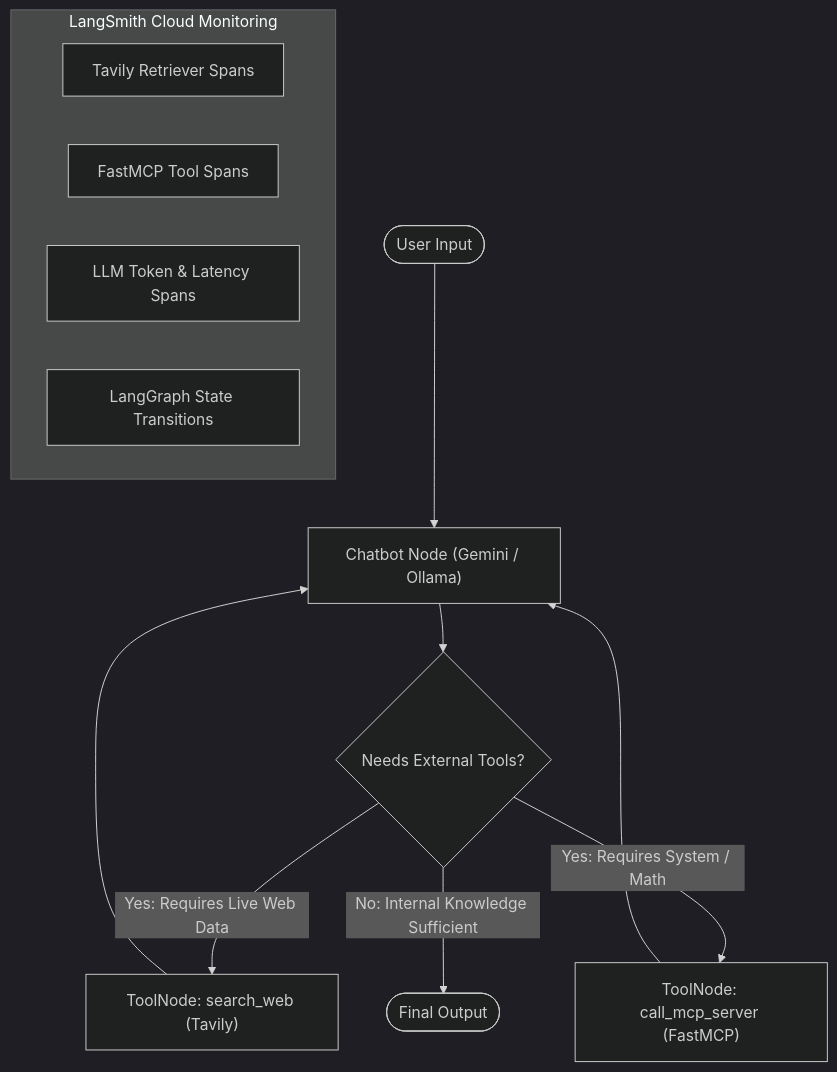
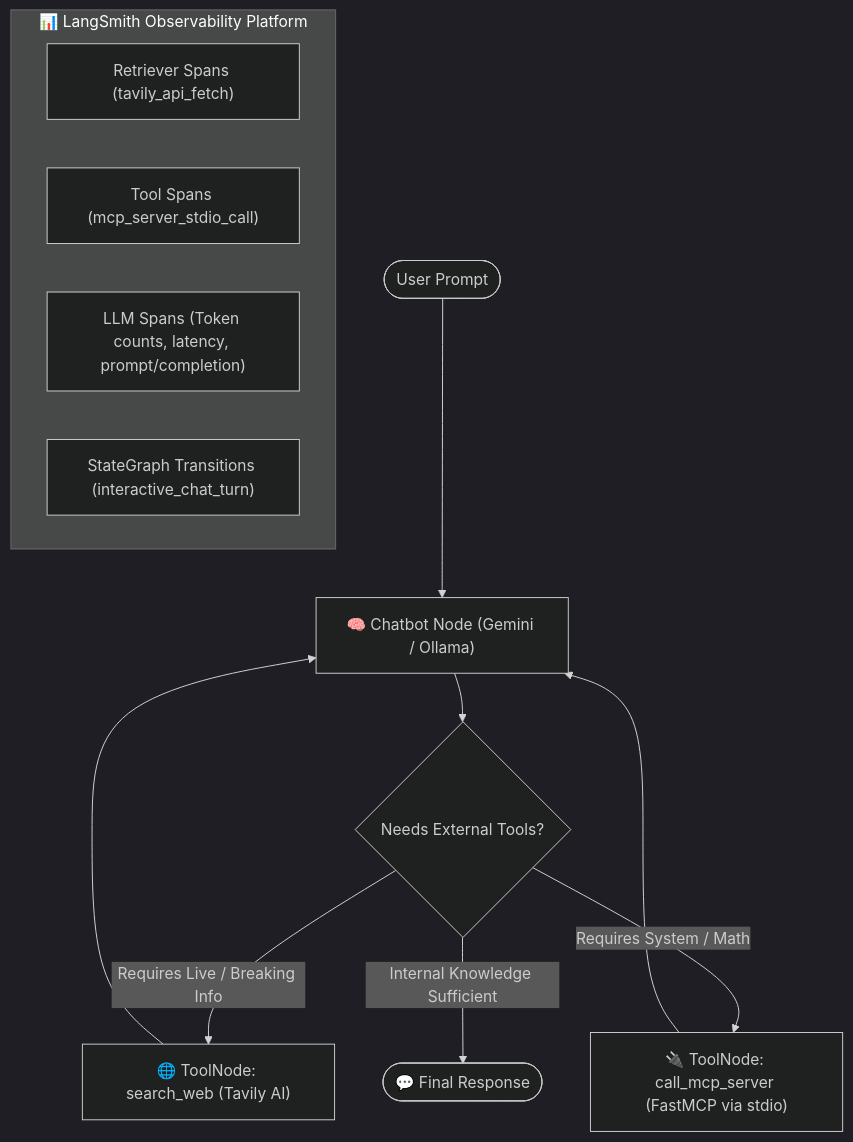
Before and after one commit to maibarra0904/langchain-app: the diagram in README.md, drawn with Mermaid (dark theme). The commit also changed other lines of this file, not shown here.

Commit message:
docs: enrich README with badges, project structure, GUI guide and CLI search commands

````diff
--- a/README.md
+++ b/README.md
@@ -11,19 +19,20 @@
 ```mermaid
 flowchart TD
-    START([User Input]) --> Chatbot["Chatbot Node (Gemini / Ollama)"]
+    START([User Prompt]) --> Chatbot["🧠 Chatbot Node (Gemini / Ollama)"]
 
     Chatbot --> Decision{Needs External Tools?}
-    Decision -->|Yes: Requires Live Web Data| ToolTavily["ToolNode: search_web (Tavily)"]
-    Decision -->|Yes: Requires System / Math| ToolMCP["ToolNode: call_mcp_server (FastMCP)"]
-    Decision -->|No: Internal Knowledge Sufficient| END([Final Output])
+
+    Decision -->|Requires Live / Breaking Info| ToolTavily["🌐 ToolNode: search_web (Tavily AI)"]
+    Decision -->|Requires System / Math| ToolMCP["🔌 ToolNode: call_mcp_server (FastMCP via stdio)"]
+    Decision -->|Internal Knowledge Sufficient| END([💬 Final Response])
 
     ToolTavily --> Chatbot
     ToolMCP --> Chatbot
 
-    subgraph Observability ["LangSmith Cloud Monitoring"]
-        TavilySpan[Tavily Retriever Spans]
-        MCPToolSpan[FastMCP Tool Spans]
-        LLMSpan[LLM Token & Latency Spans]
-        ChainSpan[LangGraph State Transitions]
+    subgraph Observability ["📊 LangSmith Observability Platform"]
+        TavilySpan["Retriever Spans (tavily_api_fetch)"]
+        MCPToolSpan["Tool Spans (mcp_server_stdio_call)"]
+        LLMSpan["LLM Spans (Token counts, latency, prompt/completion)"]
+        ChainSpan["StateGraph Transitions (interactive_chat_turn)"]
     end
 ```
````
